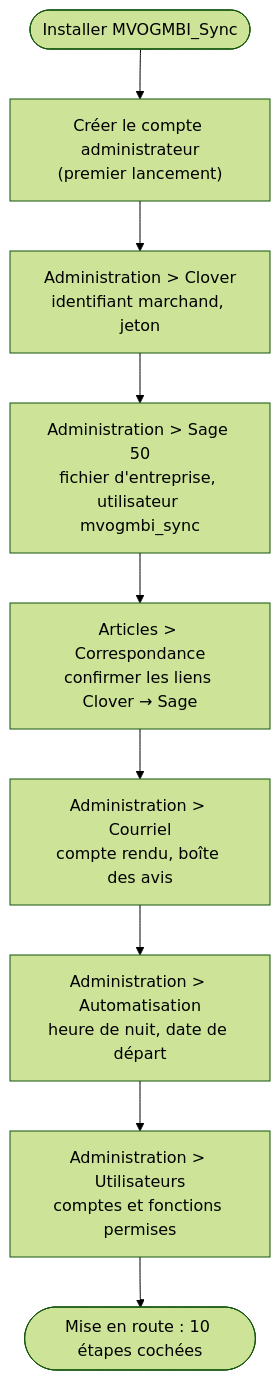
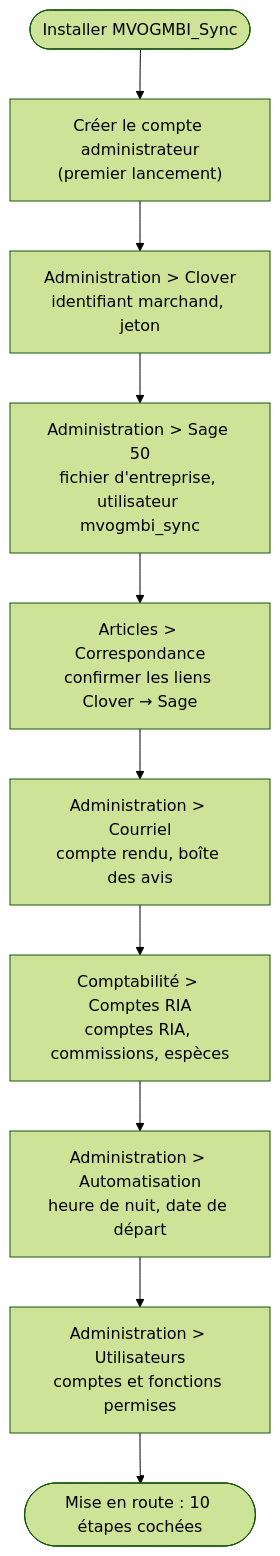
Before and after one commit to mteingueng-dot/MVOGMBI_Sync_2026.1: the first of 13 diagrams in documentation/WORKFLOWS.md, drawn with Mermaid (forest theme). The commit also changed other lines of this file and 27 other files, not shown here.

````diff
--- a/documentation/WORKFLOWS.md
+++ b/documentation/WORKFLOWS.md
@@ -11,11 +11,12 @@
 ```mermaid
 flowchart TD
     A([Installer MVOGMBI_Sync]) --> B["Créer le compte administrateur<br/>(premier lancement)"]
     B --> C["Administration > Clover<br/>identifiant marchand, jeton"]
     C --> D["Administration > Sage 50<br/>fichier d'entreprise, utilisateur mvogmbi_sync"]
     D --> E["Articles > Correspondance<br/>confirmer les liens Clover → Sage"]
     E --> F["Administration > Courriel<br/>compte rendu, boîte des avis"]
-    F --> G["Administration > Automatisation<br/>heure de nuit, date de départ"]
+    F --> F2["Comptabilité > Comptes RIA<br/>comptes RIA, commissions, espèces"]
+    F2 --> G["Administration > Automatisation<br/>heure de nuit, date de départ"]
     G --> H["Administration > Utilisateurs<br/>comptes et fonctions permises"]
     H --> I([Mise en route : 10 étapes cochées])
 ```
````
